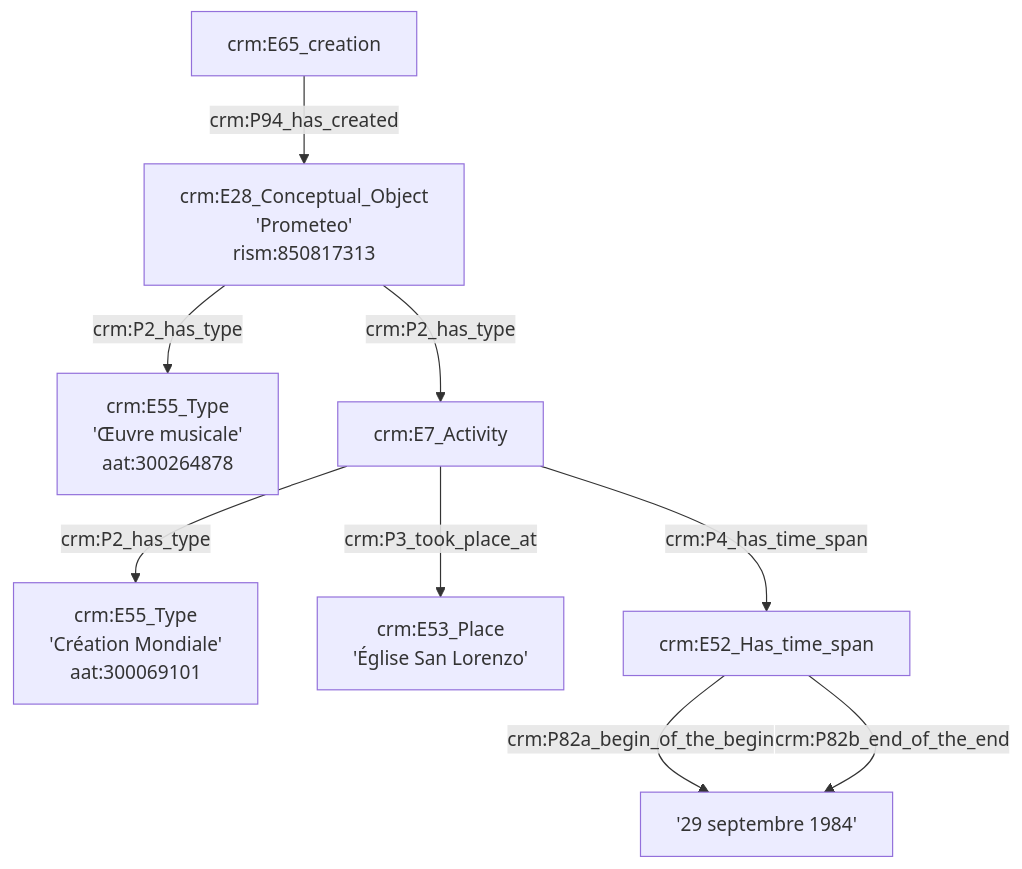
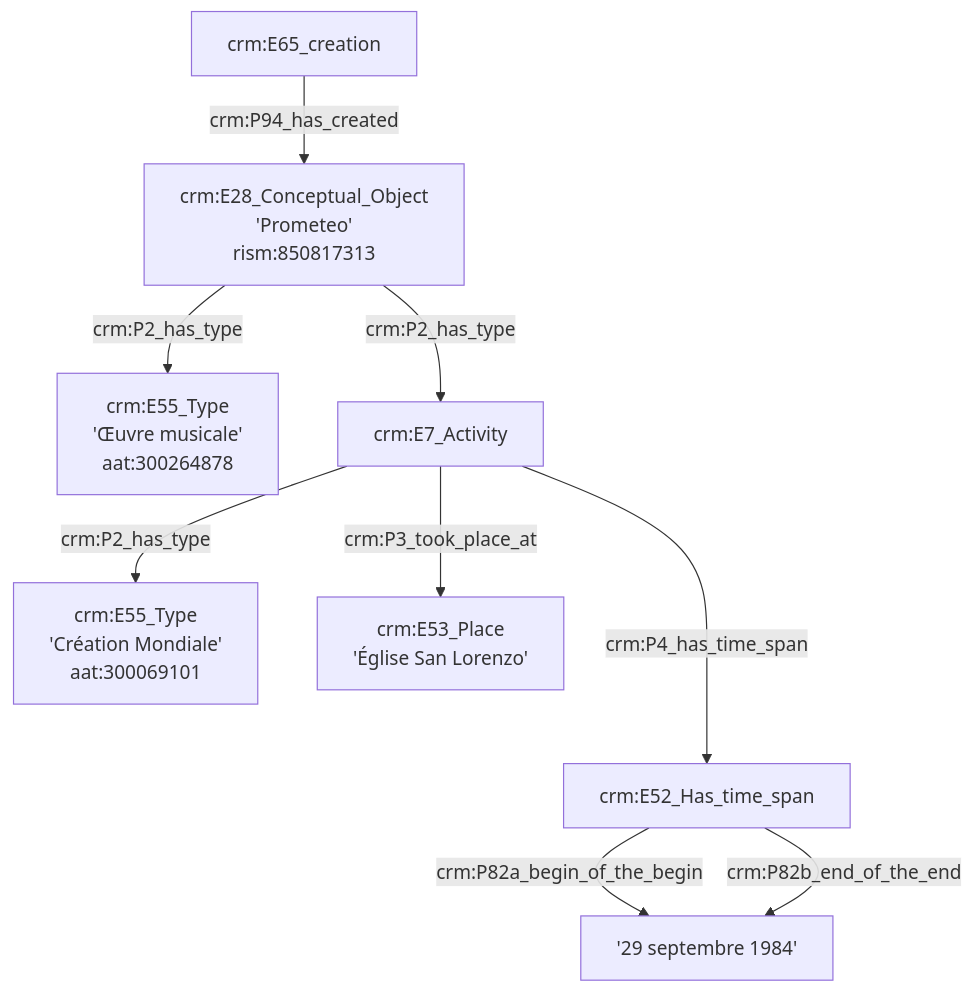
One commit to GusBraud/OntoMatchGameGus changed the second of 5 diagrams in Exemple1.md. Above: the diagram before and after it, drawn with Mermaid.

````diff
--- a/Exemple1.md
+++ b/Exemple1.md
@@ -15,13 +15,13 @@
 ```mermaid
 graph TD;
 
 D[crm:E65_creation] --> |crm:P94_has_created| E[crm:E28_Conceptual_Object<br>'Prometeo'<br>rism:850817313]
 E[crm:E28_Conceptual_Object<br>'Prometeo'<br>rism:850817313] --> |crm:P2_has_type| F[crm:E55_Type<br>'Œuvre musicale'<br>aat:300264878]
 E[crm:E28_Conceptual_Object<br>'Prometeo'<br>rism:850817313] --> |crm:P2_has_type| G[crm:E7_Activity]
 G[crm:E7_Activity] --> |crm:P2_has_type| H[crm:E55_Type<br>'Création Mondiale'<br>aat:300069101]
 G[crm:E7_Activity] --> |crm:P3_took_place_at| I[crm:E53_Place<br>'Église San Lorenzo']
-G[crm:E7_Activity] --> |crm:P4_has_time_span| J[crm:E52_Has_time_span]
+G[crm:E7_Activity] ---> |crm:P4_has_time_span| J[crm:E52_Has_time_span]
 J[crm:E52_Has_time_span] --> |crm:P82a_begin_of_the_begin| K['29 septembre 1984']
 J[crm:E52_Has_time_span] --> |crm:P82b_end_of_the_end| K['29 septembre 1984']
 
 ```
````
